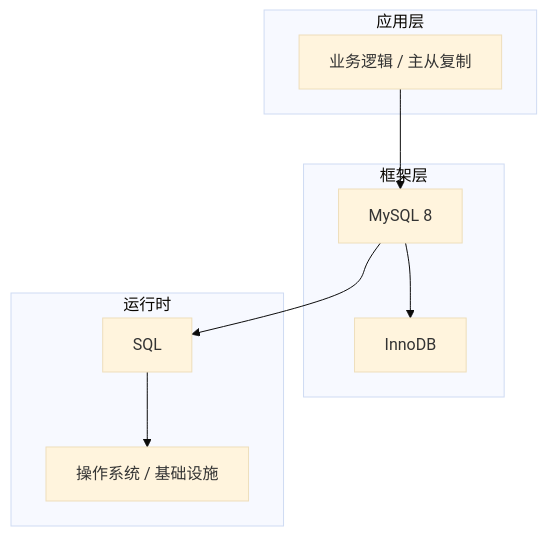
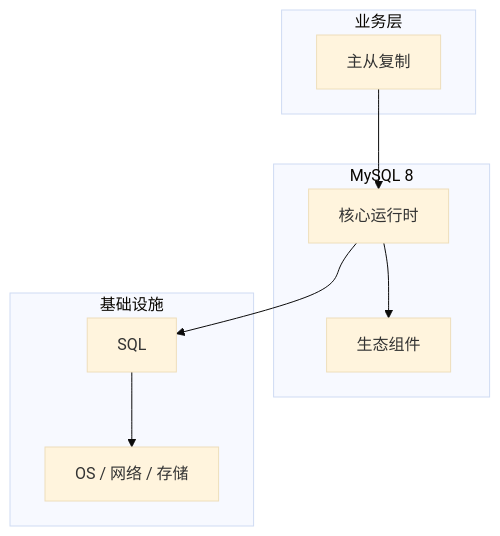
Before and after one commit to yanggan2015/knowledge-json-v2: the diagram in articles/MySQL/chapters/111-主从复制核心概念与原理.md, drawn with Mermaid (base theme). The commit also changed other lines of this file and 10127 other files, not shown here.

````diff
--- a/articles/MySQL/chapters/111-主从复制核心概念与原理.md
+++ b/articles/MySQL/chapters/111-主从复制核心概念与原理.md
@@ -45,18 +34,18 @@
 ```mermaid
 graph TB
-    subgraph 应用层
-        A[业务逻辑 / 主从复制]
+    subgraph 业务层
+        A[主从复制]
     end
-    subgraph 框架层
-        B[MySQL 8]
-        C[InnoDB]
+    subgraph MySQL 8
+        B[核心运行时]
+        C[生态组件]
     end
-    subgraph 运行时
+    subgraph 基础设施
         D[SQL]
-        E[操作系统 / 基础设施]
+        E[OS / 网络 / 存储]
     end
     A --> B
     B --> C
     B --> D
     D --> E
 ```
````
